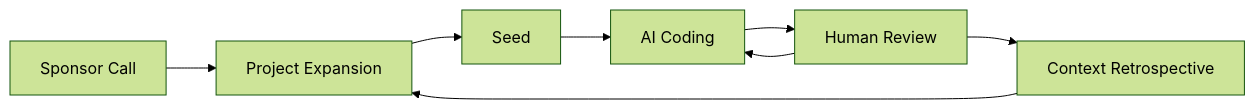
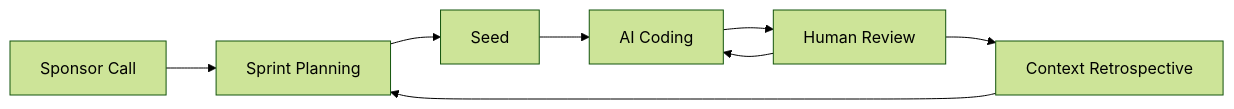
The diagram in README.md (NachoColl/agilevibecoding), drawn with Mermaid (forest theme) before and after one commit. The commit also changed other lines of this file and 8 other files, not shown here.

First line of the commit message:
refactor: rename project-expansion ceremony to sprint-planning

````diff
--- a/README.md
+++ b/README.md
@@ -213,10 +211,10 @@
 ```mermaid
 graph LR
-    A[Sponsor Call] --> B[Project Expansion]
+    A[Sponsor Call] --> B[Sprint Planning]
     B --> C[Seed]
     C --> D[AI Coding]
     D --> E[Human Review]
     E --> D
     E --> F[Context Retrospective]
     F --> B
 ```
````
